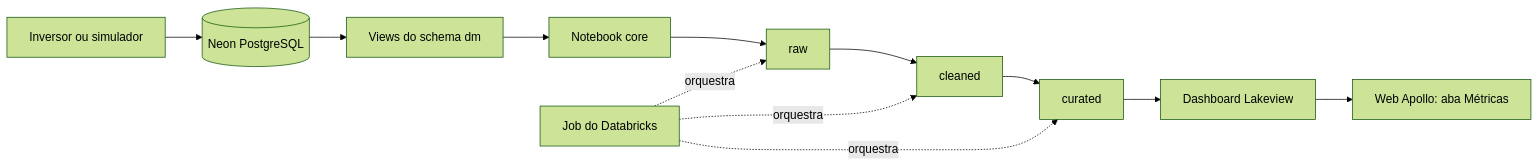
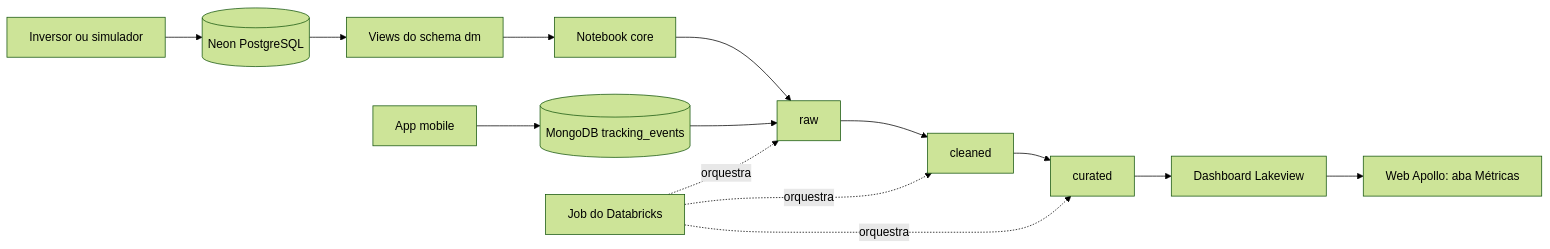
One commit to ApolloOficial/Apollo-BI changed the diagram in README.md. Above: the diagram before and after it, drawn with Mermaid (forest theme). The commit also changed other lines of this file and 2 other files, not shown here.

````diff
--- a/README.md
+++ b/README.md
@@ -118,14 +157,16 @@
 ```mermaid
 flowchart LR
     I[Inversor ou simulador] --> N[(Neon PostgreSQL)]
     N --> DM[Views do schema dm]
     DM --> C[Notebook core]
+    M[App mobile] --> MG[(MongoDB tracking_events)]
     C --> R[raw]
+    MG --> R
     R --> CL[cleaned]
     CL --> CU[curated]
     CU --> D[Dashboard Lakeview]
     D --> W[Web Apollo: aba Métricas]
     J[Job do Databricks] -. orquestra .-> R
     J -. orquestra .-> CL
     J -. orquestra .-> CU
 ```
````
